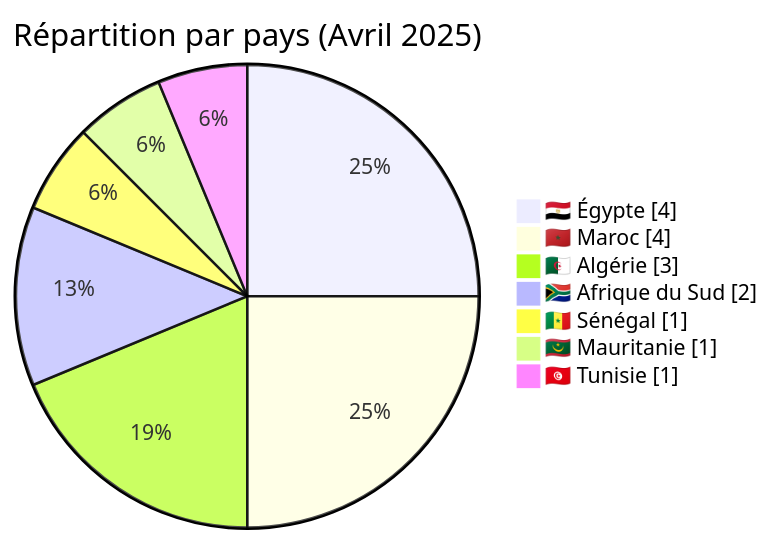
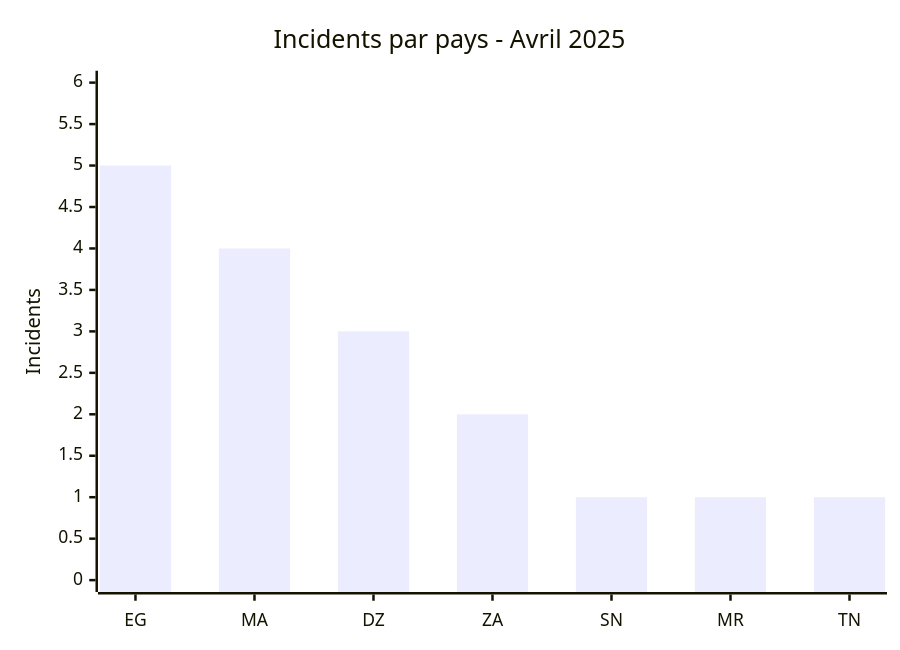
The second of 7 diagrams in CyberAttackAfrica/2025/04-april/README_FR.md (Hatchepsoute/AFRINTEL), drawn with Mermaid before and after one commit. The commit also changed other lines of this file and 3 other files, not shown here.

````diff
--- a/CyberAttackAfrica/2025/04-april/README_FR.md
+++ b/CyberAttackAfrica/2025/04-april/README_FR.md
@@ -97,11 +87,7 @@
 ```mermaid
-pie showData
-    title Répartition par pays (Avril 2025)
-    "🇪🇬 Égypte" : 4
-    "🇲🇦 Maroc" : 4
-    "🇩🇿 Algérie" : 3
-    "🇿🇦 Afrique du Sud" : 2
-    "🇸🇳 Sénégal" : 1
-    "🇲🇷 Mauritanie" : 1
-    "🇹🇳 Tunisie" : 1
+xychart-beta
+    title "Incidents par pays - Avril 2025"
+    x-axis ["EG", "MA", "DZ", "ZA", "SN", "MR", "TN"]
+    y-axis "Incidents" 0 --> 6
+    bar [5, 4, 3, 2, 1, 1, 1]
 ```
````
